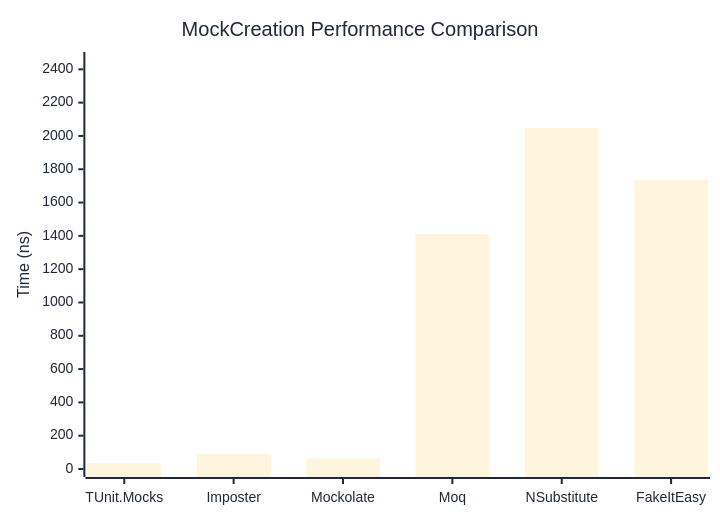
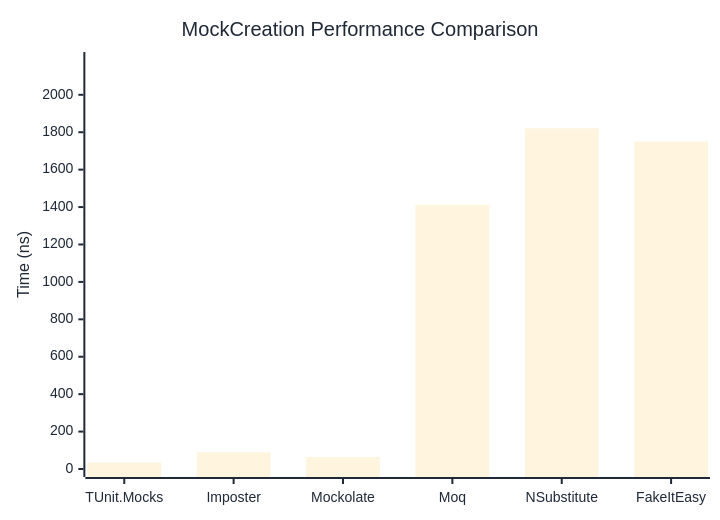
One commit to thomhurst/TUnit changed the first of 2 diagrams in docs/docs/benchmarks/mocks/MockCreation.md. Above: the diagram before and after it, drawn with Mermaid. The commit also changed other lines of this file and 14 other files, not shown here.

````diff
--- a/docs/docs/benchmarks/mocks/MockCreation.md
+++ b/docs/docs/benchmarks/mocks/MockCreation.md
@@ -28,27 +28,27 @@
 ```mermaid
 %%{init: {
   'theme':'base',
   'themeVariables': {
     'primaryColor': '#2563eb',
     'primaryTextColor': '#1f2937',
     'primaryBorderColor': '#1e40af',
     'lineColor': '#6b7280',
     'secondaryColor': '#7c3aed',
     'tertiaryColor': '#dc2626',
     'background': '#ffffff',
     'pie1': '#2563eb',
     'pie2': '#7c3aed',
     'pie3': '#dc2626',
     'pie4': '#f59e0b',
     'pie5': '#10b981',
     'pie6': '#06b6d4',
     'pie7': '#ec4899',
     'pie8': '#6366f1'
   }
 }}%%
 xychart-beta
   title "MockCreation Performance Comparison"
   x-axis ["TUnit.Mocks", "Imposter", "Mockolate", "Moq", "NSubstitute", "FakeItEasy"]
-  y-axis "Time (ns)" 0 --> 2456
-  bar [35.02, 90.61, 63.79, 1410.77, 2046.34, 1736.46]
+  y-axis "Time (ns)" 0 --> 2186
+  bar [34.95, 88.7, 63.69, 1412.49, 1821.28, 1749.58]
 ```
````
